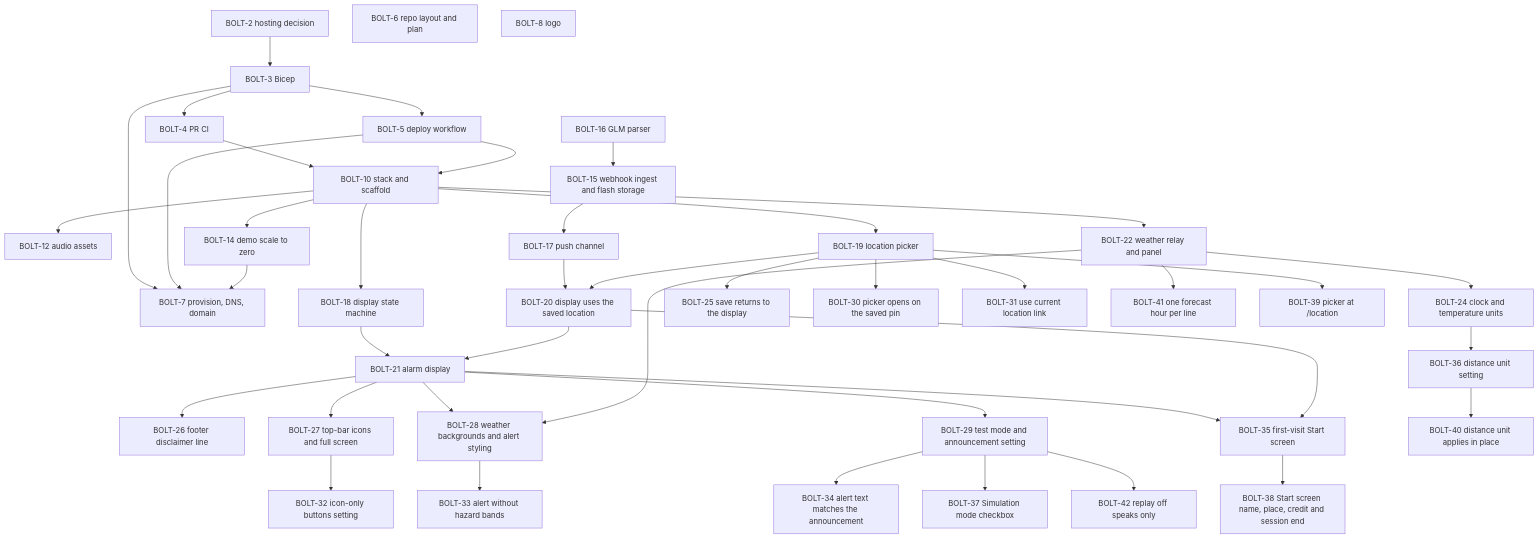
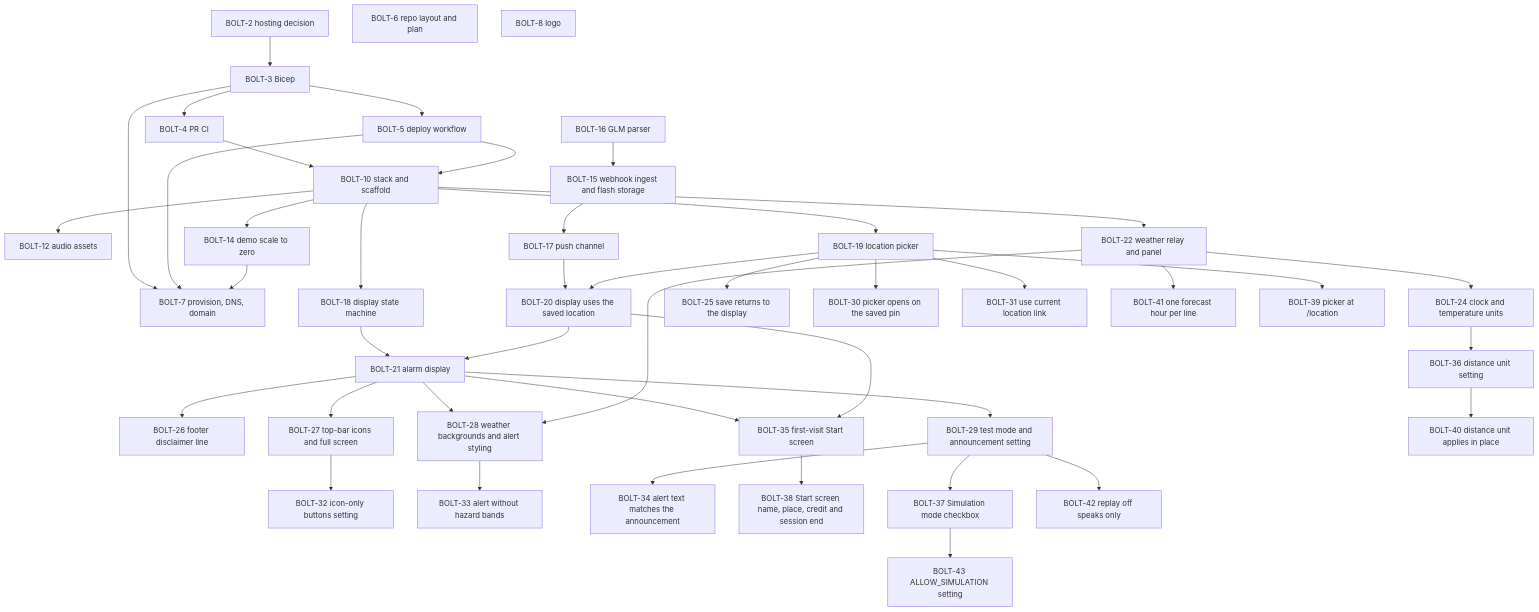
One commit to henrique-meyer/boltclock changed the diagram in docs/plan.md. Above: the diagram before and after it, drawn with Mermaid. The commit also changed other lines of this file and 17 other files, not shown here.

First line of the commit message:
BOLT-43 Simulation mode: ALLOW_SIMULATION, and TEST_MODE as the default

````diff
--- a/docs/plan.md
+++ b/docs/plan.md
@@ -15,80 +15,82 @@
 ```mermaid
 flowchart TD
   s2[BOLT-2 hosting decision]
   s3[BOLT-3 Bicep]
   s4[BOLT-4 PR CI]
   s5[BOLT-5 deploy workflow]
   s6[BOLT-6 repo layout and plan]
   s7[BOLT-7 provision, DNS, domain]
   s8[BOLT-8 logo]
   s10[BOLT-10 stack and scaffold]
   s12[BOLT-12 audio assets]
   s14[BOLT-14 demo scale to zero]
   s15[BOLT-15 webhook ingest and flash storage]
   s16[BOLT-16 GLM parser]
   s17[BOLT-17 push channel]
   s18[BOLT-18 display state machine]
   s19[BOLT-19 location picker]
   s20[BOLT-20 display uses the saved location]
   s21[BOLT-21 alarm display]
   s22[BOLT-22 weather relay and panel]
   s24[BOLT-24 clock and temperature units]
   s25[BOLT-25 save returns to the display]
   s26[BOLT-26 footer disclaimer line]
   s27[BOLT-27 top-bar icons and full screen]
   s28[BOLT-28 weather backgrounds and alert styling]
   s30[BOLT-30 picker opens on the saved pin]
   s29[BOLT-29 test mode and announcement setting]
   s32[BOLT-32 icon-only buttons setting]
   s31[BOLT-31 use current location link]
   s33[BOLT-33 alert without hazard bands]
   s34[BOLT-34 alert text matches the announcement]
   s35[BOLT-35 first-visit Start screen]
   s36[BOLT-36 distance unit setting]
   s38[BOLT-38 Start screen name, place, credit and session end]
   s37[BOLT-37 Simulation mode checkbox]
   s40[BOLT-40 distance unit applies in place]
   s41[BOLT-41 one forecast hour per line]
   s39[BOLT-39 picker at /location]
   s42[BOLT-42 replay off speaks only]
+  s43[BOLT-43 ALLOW_SIMULATION setting]
   s2 --> s3
   s4 --> s10
   s5 --> s10
   s3 --> s4
   s3 --> s5
   s3 --> s7
   s5 --> s7
   s10 --> s12
   s10 --> s14
   s14 --> s7
   s16 --> s15
   s15 --> s17
   s10 --> s18
   s10 --> s19
   s17 --> s20
   s19 --> s20
   s18 --> s21
   s20 --> s21
   s10 --> s22
   s22 --> s24
   s19 --> s25
   s21 --> s26
   s21 --> s27
   s21 --> s28
   s22 --> s28
   s19 --> s30
   s21 --> s29
   s27 --> s32
   s19 --> s31
   s28 --> s33
   s29 --> s34
   s21 --> s35
   s20 --> s35
   s24 --> s36
   s35 --> s38
   s29 --> s37
   s36 --> s40
   s22 --> s41
   s19 --> s39
   s29 --> s42
+  s37 --> s43
 ```
````
